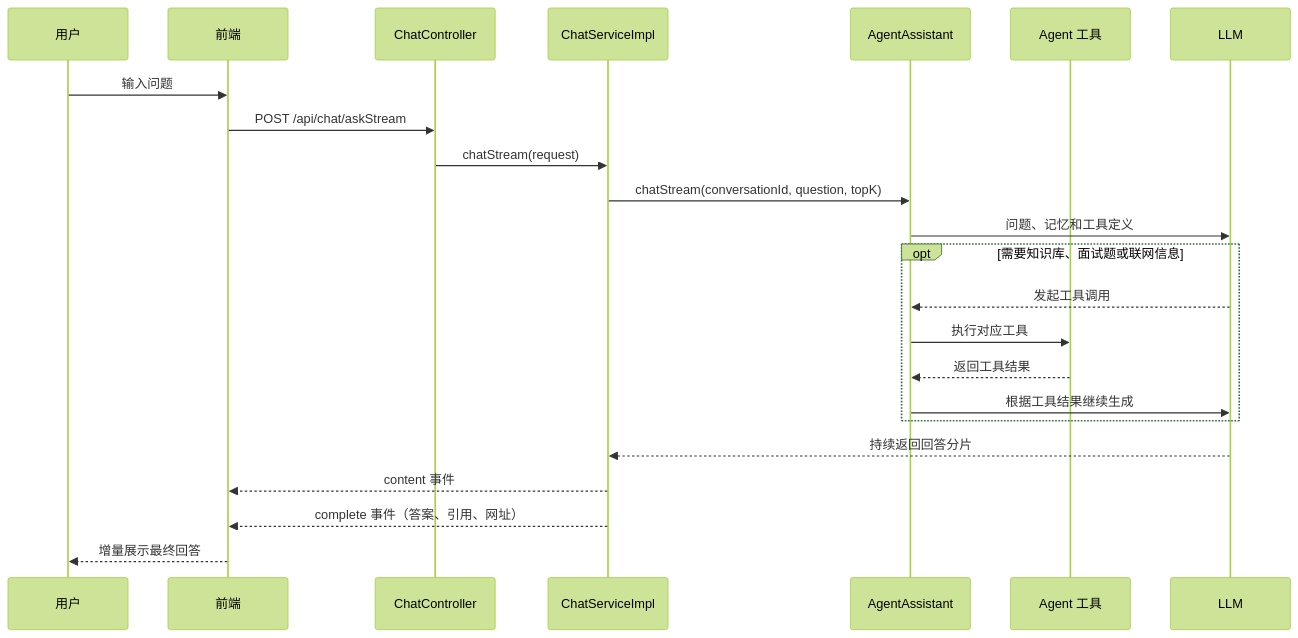
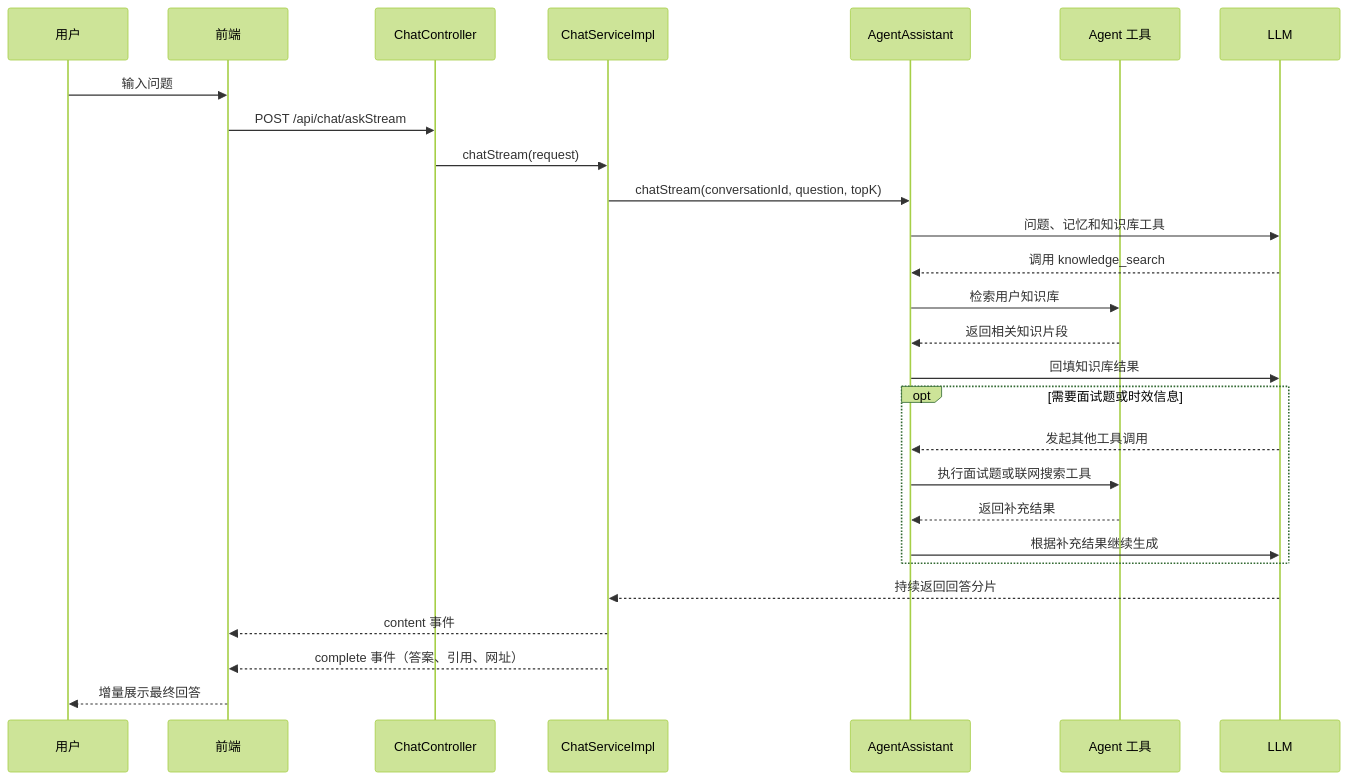
The diagram in README.md (miahemu/ai-code-helper), drawn with Mermaid (forest theme) before and after one commit. The commit also changed 3 other files, not shown here.

````diff
--- a/README.md
+++ b/README.md
@@ -66,26 +66,30 @@
 ```mermaid
 sequenceDiagram
     participant U as 用户
     participant F as 前端
     participant C as ChatController
     participant S as ChatServiceImpl
     participant A as AgentAssistant
     participant T as Agent 工具
     participant L as LLM
 
     U->>F: 输入问题
     F->>C: POST /api/chat/askStream
     C->>S: chatStream(request)
     S->>A: chatStream(conversationId, question, topK)
-    A->>L: 问题、记忆和工具定义
-    opt 需要知识库、面试题或联网信息
-        L-->>A: 发起工具调用
-        A->>T: 执行对应工具
-        T-->>A: 返回工具结果
-        A->>L: 根据工具结果继续生成
+    A->>L: 问题、记忆和知识库工具
+    L-->>A: 调用 knowledge_search
+    A->>T: 检索用户知识库
+    T-->>A: 返回相关知识片段
+    A->>L: 回填知识库结果
+    opt 需要面试题或时效信息
+        L-->>A: 发起其他工具调用
+        A->>T: 执行面试题或联网搜索工具
+        T-->>A: 返回补充结果
+        A->>L: 根据补充结果继续生成
     end
     L-->>S: 持续返回回答分片
     S-->>F: content 事件
     S-->>F: complete 事件（答案、引用、网址）
     F-->>U: 增量展示最终回答
 ```
````
